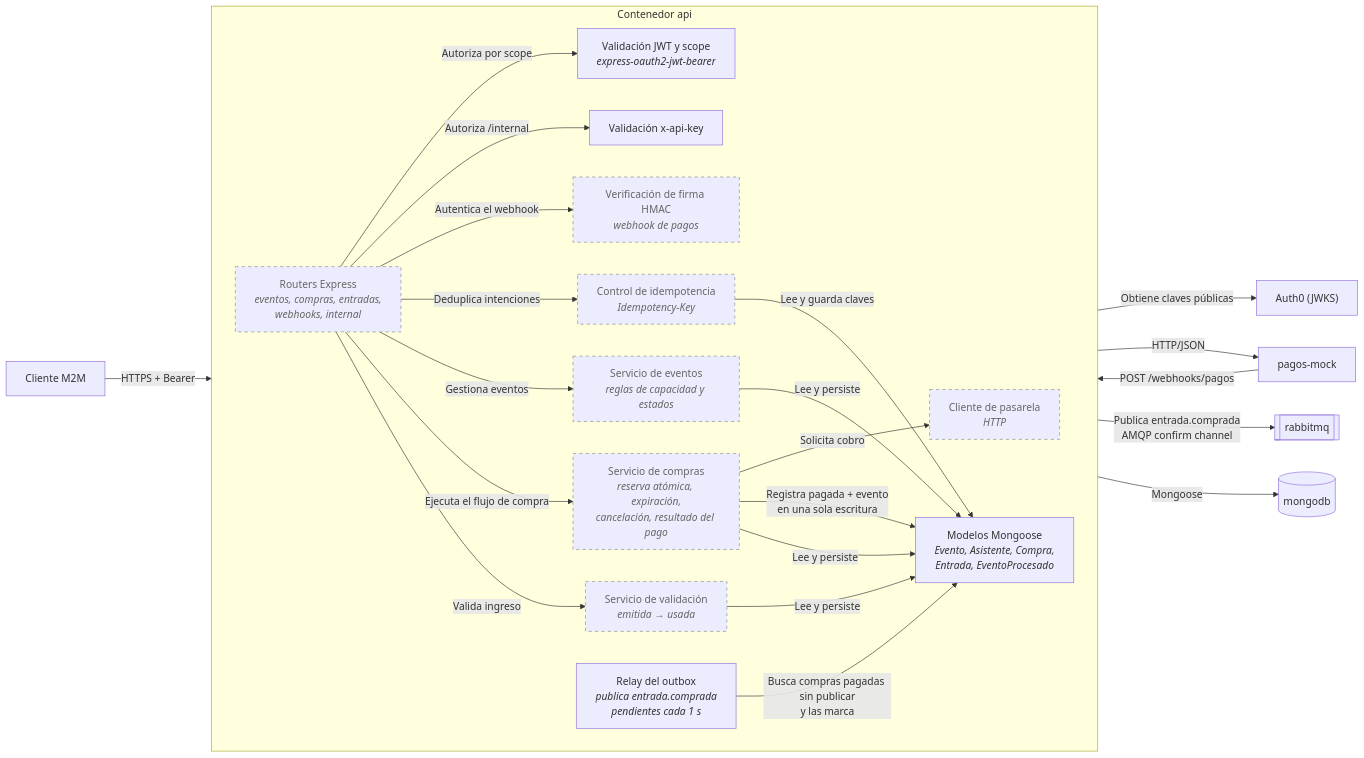
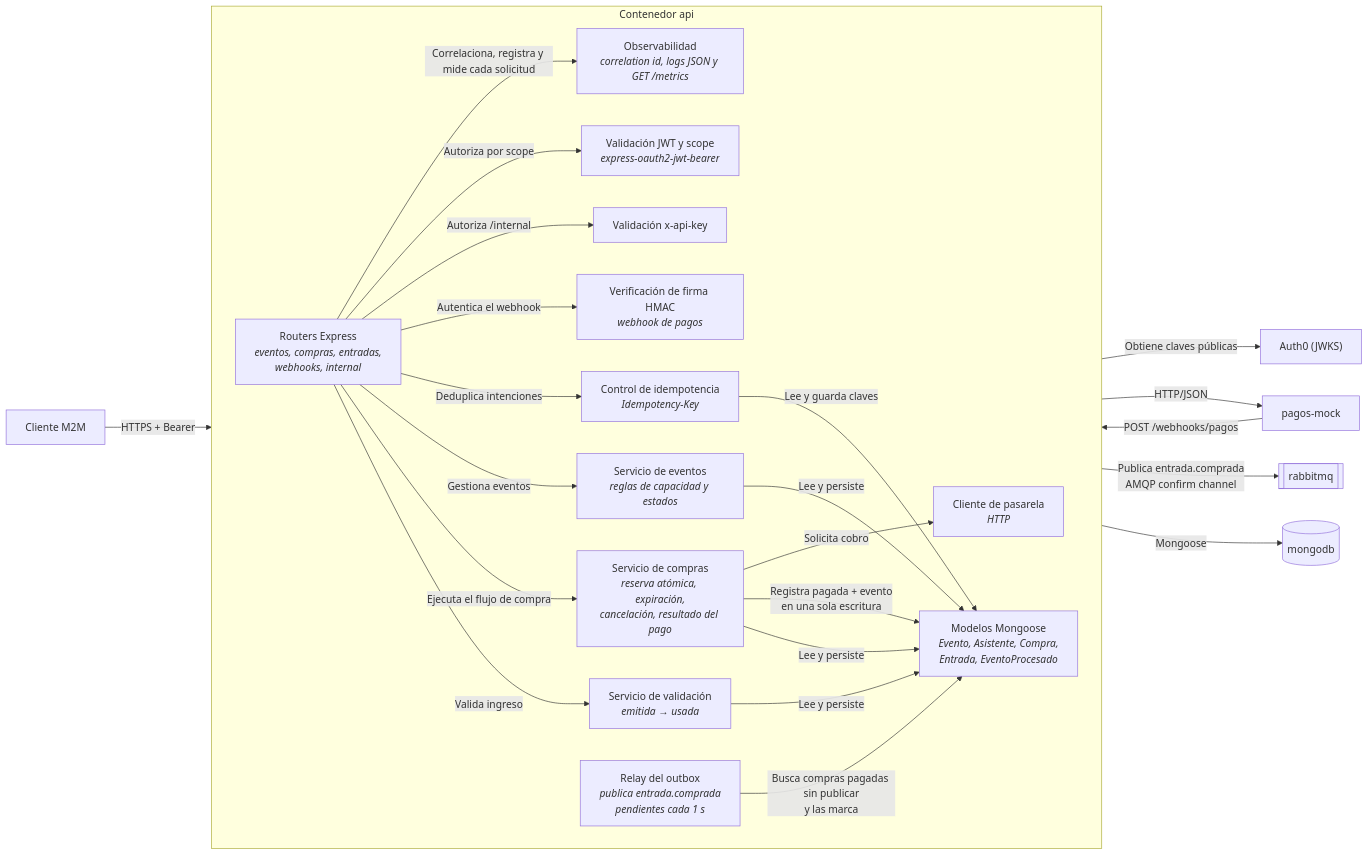
The first of 2 diagrams in docs/c4-component.md (Juan-C-Ceballos/iaew-eventos-entradas), drawn with Mermaid before and after one commit. The commit also changed other lines of this file and 5 other files, not shown here.

````diff
--- a/docs/c4-component.md
+++ b/docs/c4-component.md
@@ -5,47 +5,46 @@
 ```mermaid
 flowchart LR
   cliente["Cliente M2M"]
   pasarela["pagos-mock"]
   mongo[("mongodb")]
   rabbit[["rabbitmq"]]
   auth0["Auth0 (JWKS)"]
 
   subgraph api["Contenedor api"]
     direction LR
     routers["Routers Express<br/><i>eventos, compras, entradas,<br/>webhooks, internal</i>"]
     authmw["Validación JWT y scope<br/><i>express-oauth2-jwt-bearer</i>"]
     apikey["Validación x-api-key"]
     firma["Verificación de firma HMAC<br/><i>webhook de pagos</i>"]
     idem["Control de idempotencia<br/><i>Idempotency-Key</i>"]
     svcEventos["Servicio de eventos<br/><i>reglas de capacidad y estados</i>"]
     svcCompras["Servicio de compras<br/><i>reserva atómica, expiración,<br/>cancelación, resultado del pago</i>"]
     svcEntradas["Servicio de validación<br/><i>emitida → usada</i>"]
     clientePagos["Cliente de pasarela<br/><i>HTTP</i>"]
     modelos["Modelos Mongoose<br/><i>Evento, Asistente, Compra,<br/>Entrada, EventoProcesado</i>"]
     relay["Relay del outbox<br/><i>publica entrada.comprada<br/>pendientes cada 1 s</i>"]
+    observ["Observabilidad<br/><i>correlation id, logs JSON y GET /metrics</i>"]
   end
 
   cliente -->|"HTTPS + Bearer"| routers
+  routers -->|"Correlaciona, registra y mide cada solicitud"| observ
   pasarela -->|"POST /webhooks/pagos"| routers
   routers -->|"Autoriza por scope"| authmw
   authmw -->|"Obtiene claves públicas"| auth0
   routers -->|"Autoriza /internal"| apikey
   routers -->|"Autentica el webhook"| firma
   routers -->|"Deduplica intenciones"| idem
   routers -->|"Gestiona eventos"| svcEventos
   routers -->|"Ejecuta el flujo de compra"| svcCompras
   routers -->|"Valida ingreso"| svcEntradas
   svcCompras -->|"Solicita cobro"| clientePagos
   clientePagos -->|"HTTP/JSON"| pasarela
   svcCompras -->|"Registra pagada + evento<br/>en una sola escritura"| modelos
   relay -->|"Busca compras pagadas sin publicar<br/>y las marca"| modelos
   relay -->|"Publica entrada.comprada<br/>AMQP confirm channel"| rabbit
   idem -->|"Lee y guarda claves"| modelos
   svcEventos -->|"Lee y persiste"| modelos
   svcCompras -->|"Lee y persiste"| modelos
   svcEntradas -->|"Lee y persiste"| modelos
   modelos -->|"Mongoose"| mongo
-
-  classDef planificado stroke-dasharray: 5 5,stroke:#888,color:#666
-  class routers,firma,idem,svcEventos,svcCompras,svcEntradas,clientePagos planificado
 ```
````
